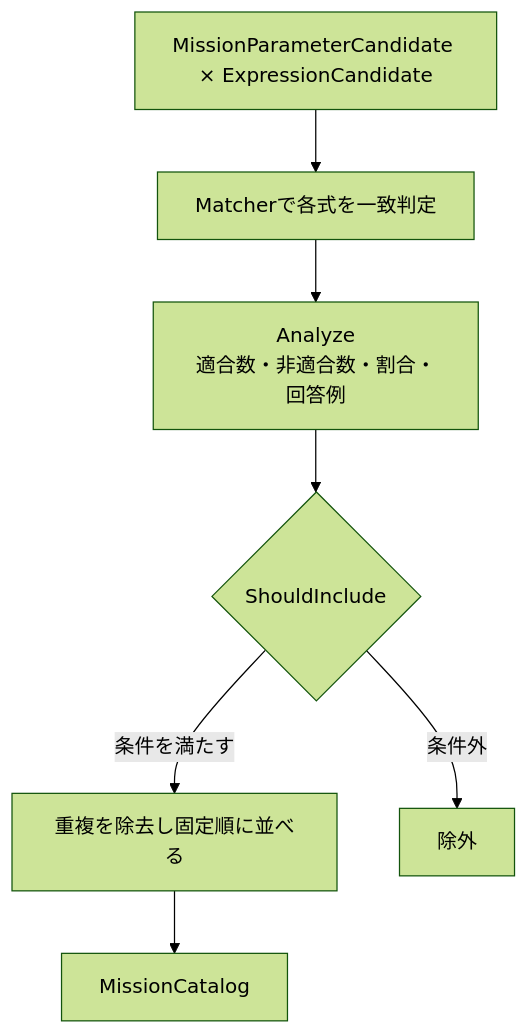
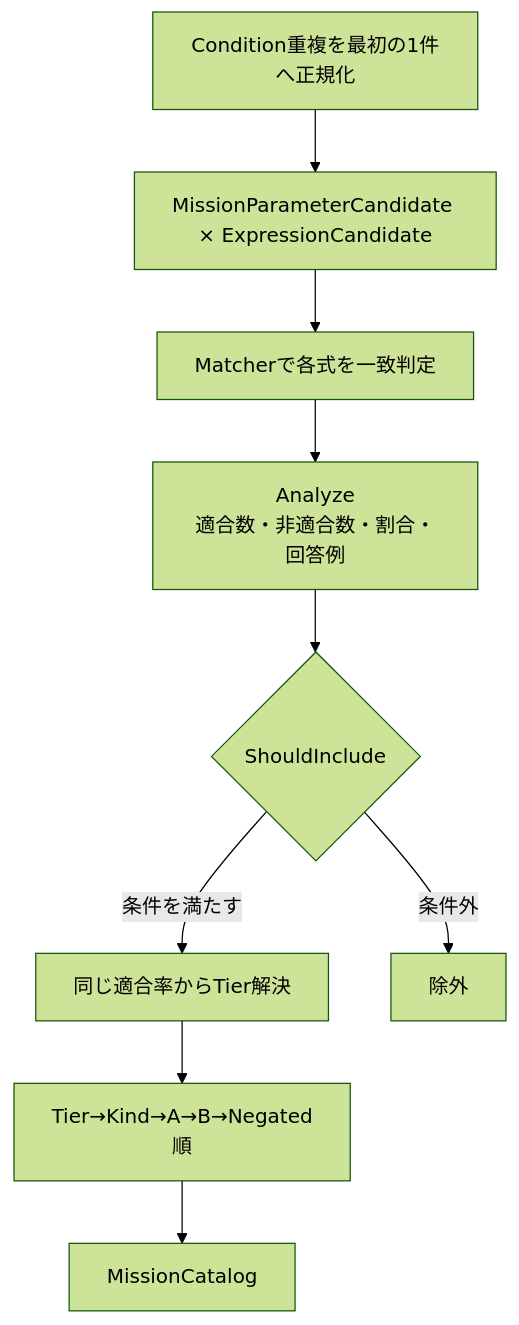
The sixth of 13 diagrams in docs/architecture/core/core-logic-overview.md (MicomProcedure/change-change-change), drawn with Mermaid (forest theme) before and after one commit. The commit also changed other lines of this file and 13 other files, not shown here.

````diff
--- a/docs/architecture/core/core-logic-overview.md
+++ b/docs/architecture/core/core-logic-overview.md
@@ -235,14 +241,16 @@
 ```mermaid
 flowchart TD
+    Normalize["Condition重複を最初の1件へ正規化"]
     Pair["MissionParameterCandidate × ExpressionCandidate"]
     Match["Matcherで各式を一致判定"]
     Analyze["Analyze\n適合数・非適合数・割合・回答例"]
     Include{ShouldInclude}
-    Normalize["重複を除去し固定順に並べる"]
+    ResolveTier["同じ適合率からTier解決"]
+    Sort["Tier→Kind→A→B→Negated順"]
     Catalog[MissionCatalog]
     Exclude[除外]
 
-    Pair --> Match --> Analyze --> Include
-    Include -->|条件を満たす| Normalize --> Catalog
+    Normalize --> Pair --> Match --> Analyze --> Include
+    Include -->|条件を満たす| ResolveTier --> Sort --> Catalog
     Include -->|条件外| Exclude
 ```
````
